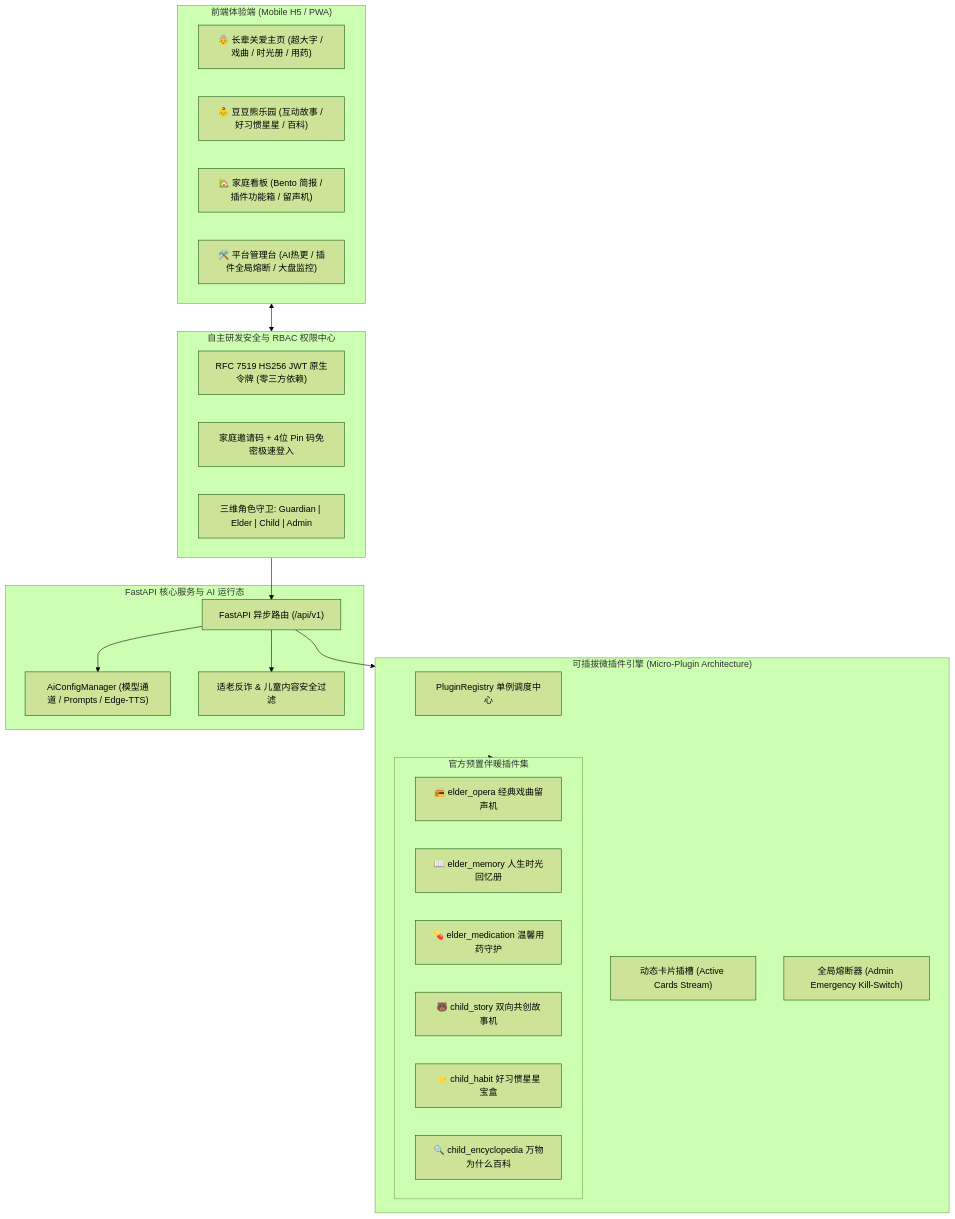
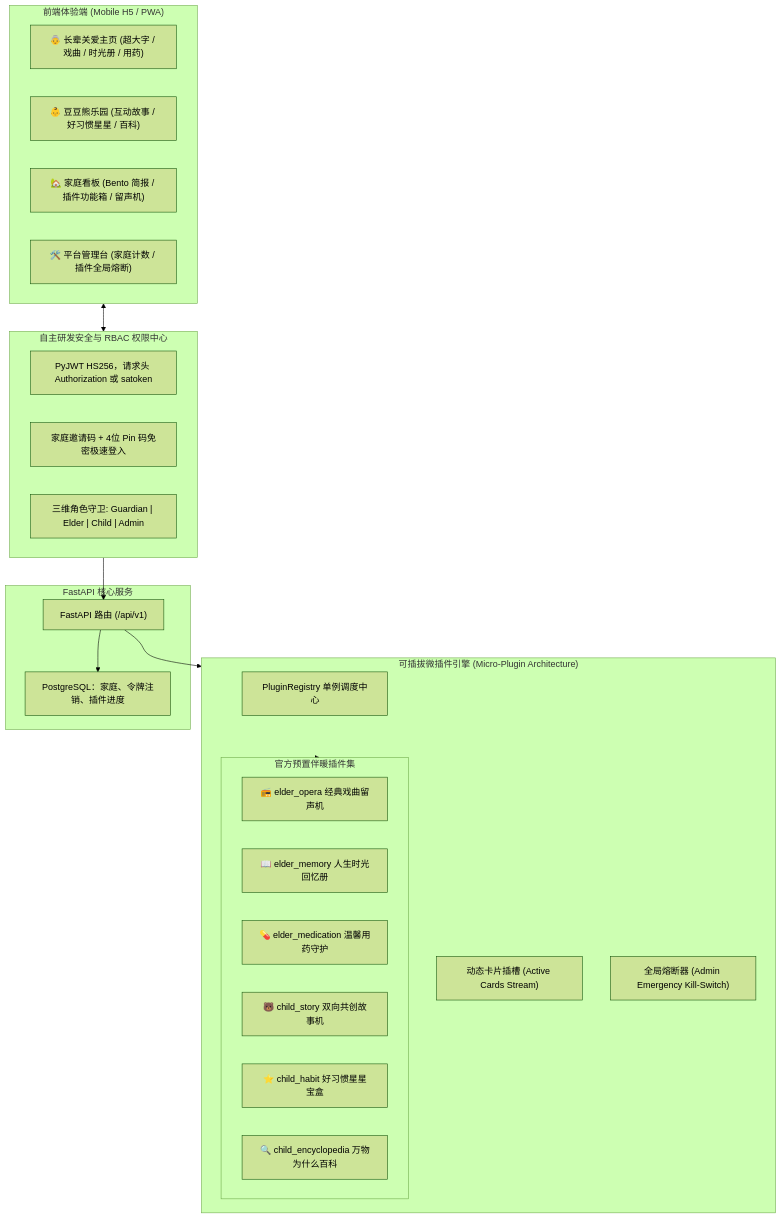
The diagram in README.md (zhangqi77ok-sys/tiancode), drawn with Mermaid (forest theme) before and after one commit. The commit also changed other lines of this file and 41 other files, not shown here.

First line of the commit message:
fix: family RBAC on PostgreSQL, with logout and curfew (#4)

````diff
--- a/README.md
+++ b/README.md
@@ -64,41 +61,40 @@
 ```mermaid
 flowchart TD
     subgraph Client ["前端体验端 (Mobile H5 / PWA)"]
         ElderView["👵 长辈关爱主页 (超大字 / 戏曲 / 时光册 / 用药)"]
         ChildView["👶 豆豆熊乐园 (互动故事 / 好习惯星星 / 百科)"]
         FamilyView["🏡 家庭看板 (Bento 简报 / 插件功能箱 / 留声机)"]
-        AdminView["🛠️ 平台管理台 (AI热更 / 插件全局熔断 / 大盘监控)"]
+        AdminView["🛠️ 平台管理台 (家庭计数 / 插件全局熔断)"]
     end
 
     subgraph Security ["自主研发安全与 RBAC 权限中心"]
-        JWT["RFC 7519 HS256 JWT 原生令牌 (零三方依赖)"]
+        JWT["PyJWT HS256，请求头 Authorization 或 satoken"]
         PinAuth["家庭邀请码 + 4位 Pin 码免密极速登入"]
         RBAC["三维角色守卫: Guardian | Elder | Child | Admin"]
     end
 
     subgraph Plugins ["可插拔微插件引擎 (Micro-Plugin Architecture)"]
         Registry["PluginRegistry 单例调度中心"]
         Slot["动态卡片插槽 (Active Cards Stream)"]
         KillSwitch["全局熔断器 (Admin Emergency Kill-Switch)"]
         subgraph Builtin ["官方预置伴暖插件集"]
             P1["📻 elder_opera 经典戏曲留声机"]
             P2["📖 elder_memory 人生时光回忆册"]
             P3["💊 elder_medication 温馨用药守护"]
             P4["🐻 child_story 双向共创故事机"]
             P5["⭐ child_habit 好习惯星星宝盒"]
             P6["🔍 child_encyclopedia 万物为什么百科"]
         end
     end
 
-    subgraph Backend ["FastAPI 核心服务与 AI 运行态"]
-        API["FastAPI 异步路由 (/api/v1)"]
-        AiManager["AiConfigManager (模型通道 / Prompts / Edge-TTS)"]
-        Safety["适老反诈 & 儿童内容安全过滤"]
+    subgraph Backend ["FastAPI 核心服务"]
+        API["FastAPI 路由 (/api/v1)"]
+        DB["PostgreSQL：家庭、令牌注销、插件进度"]
     end
 
     Client <--> Security
     Security --> API
     API --> Plugins
     Plugins --> Builtin
-    API --> AiManager & Safety
+    API --> DB
 ```
````
